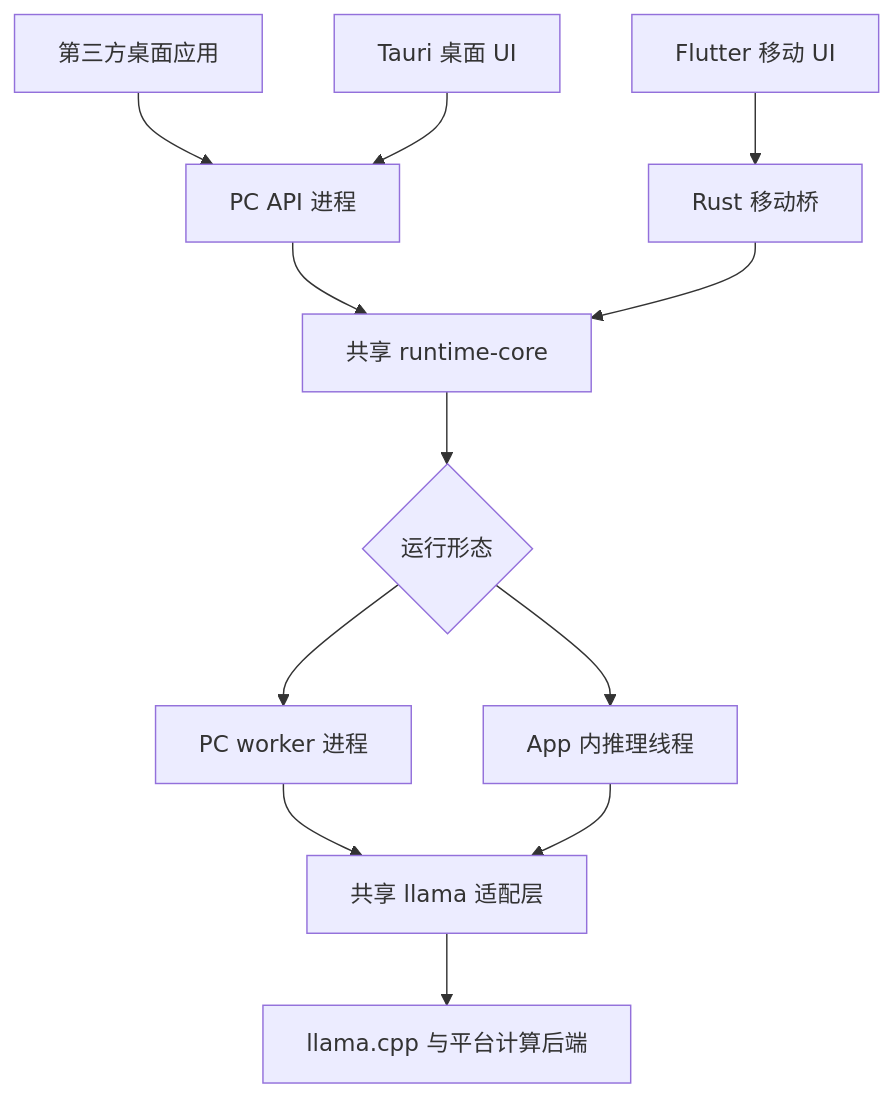
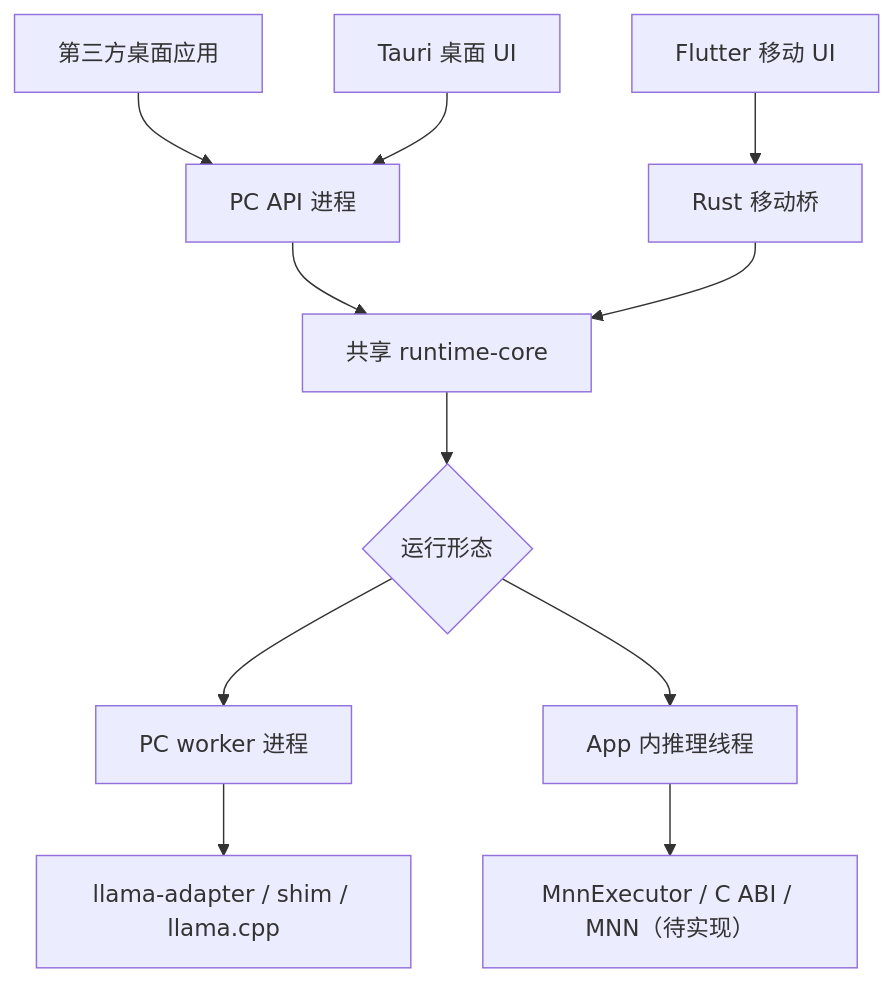
Before and after one commit to Naza3/Nexa: the first of 2 diagrams in ai-runtime-v0.1-execution-spec.md, drawn with Mermaid. The commit also changed other lines of this file and 12 other files, not shown here.

````diff
--- a/ai-runtime-v0.1-execution-spec.md
+++ b/ai-runtime-v0.1-execution-spec.md
@@ -61,14 +62,13 @@
 ```mermaid
 flowchart TD
   A["第三方桌面应用"] --> B["PC API 进程"]
   C["Tauri 桌面 UI"] --> B
   B --> D["共享 runtime-core"]
   E["Flutter 移动 UI"] --> F["Rust 移动桥"]
   F --> D
   D --> G{"运行形态"}
   G --> H["PC worker 进程"]
   G --> I["App 内推理线程"]
-  H --> J["共享 llama 适配层"]
-  I --> J
-  J --> K["llama.cpp 与平台计算后端"]
+  H --> J["llama-adapter / shim / llama.cpp"]
+  I --> K["MnnExecutor / C ABI / MNN（待实现）"]
 ```
````
